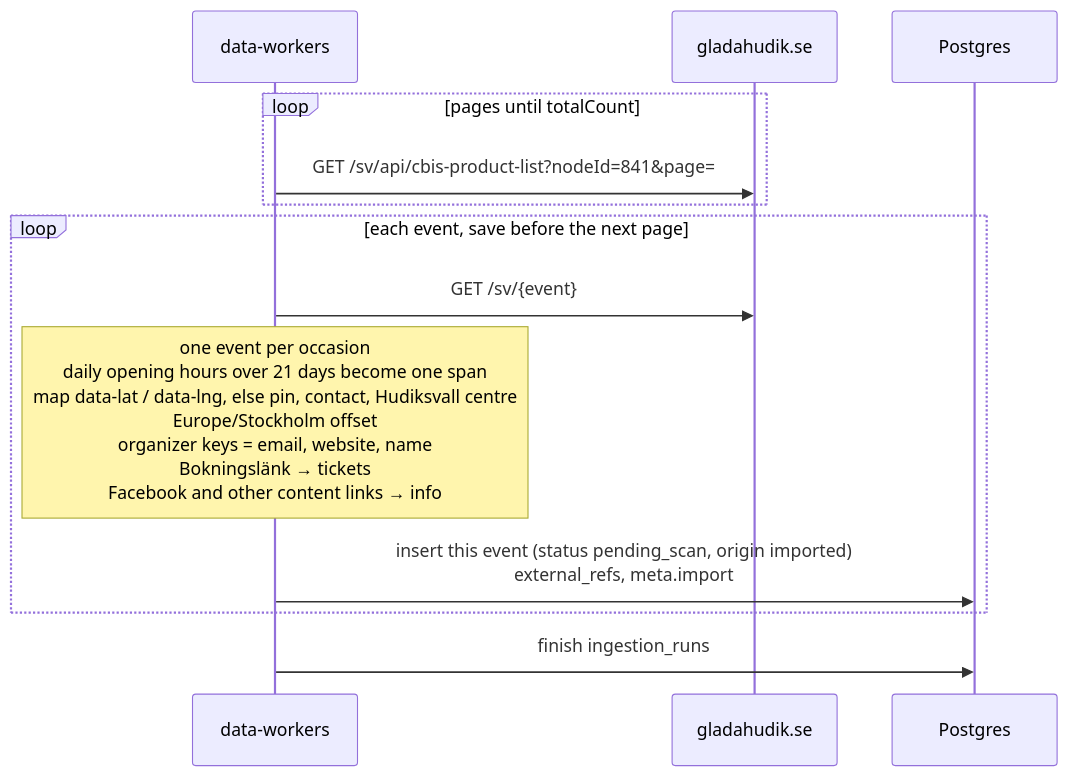
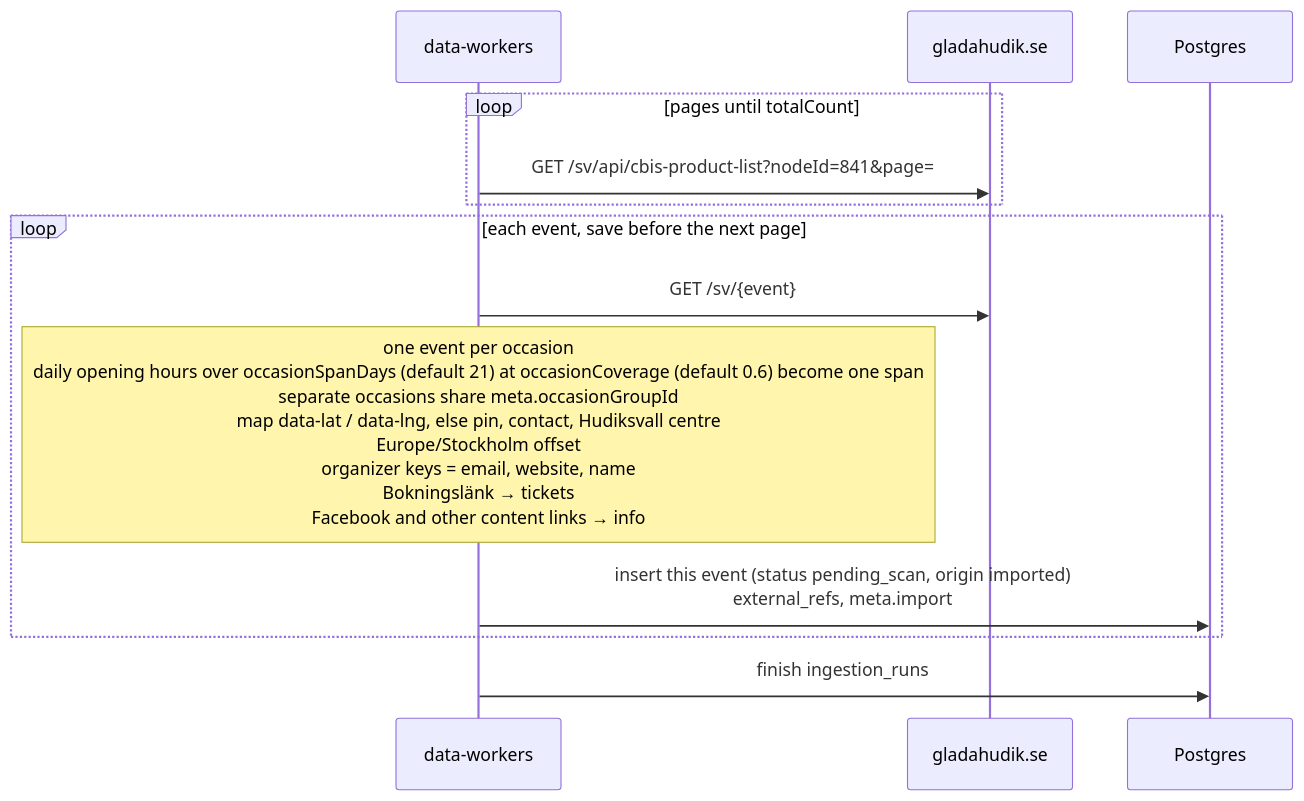
One commit to BradleySmallbottoms/evently changed the diagram in docs/flows/glada-hudik.md. Above: the diagram before and after it, drawn with Mermaid. The commit also changed other lines of this file and 19 other files, not shown here.

````diff
--- a/docs/flows/glada-hudik.md
+++ b/docs/flows/glada-hudik.md
@@ -28,16 +31,16 @@
 ```mermaid
 sequenceDiagram
   participant Runner as data-workers
   participant Site as gladahudik.se
   participant DB as Postgres
 
   loop pages until totalCount
     Runner->>Site: GET /sv/api/cbis-product-list?nodeId=841&page=
   end
   loop each event, save before the next page
     Runner->>Site: GET /sv/{event}
-    Note over Runner: one event per occasion<br/>daily opening hours over 21 days become one span<br/>map data-lat / data-lng, else pin, contact, Hudiksvall centre<br/>Europe/Stockholm offset<br/>organizer keys = email, website, name<br/>Bokningslänk → tickets<br/>Facebook and other content links → info
+    Note over Runner: one event per occasion<br/>daily opening hours over occasionSpanDays (default 21) at occasionCoverage (default 0.6) become one span<br/>separate occasions share meta.occasionGroupId<br/>map data-lat / data-lng, else pin, contact, Hudiksvall centre<br/>Europe/Stockholm offset<br/>organizer keys = email, website, name<br/>Bokningslänk → tickets<br/>Facebook and other content links → info
     Runner->>DB: insert this event (status pending_scan, origin imported)<br/>external_refs, meta.import
   end
   Runner->>DB: finish ingestion_runs
 ```
````
